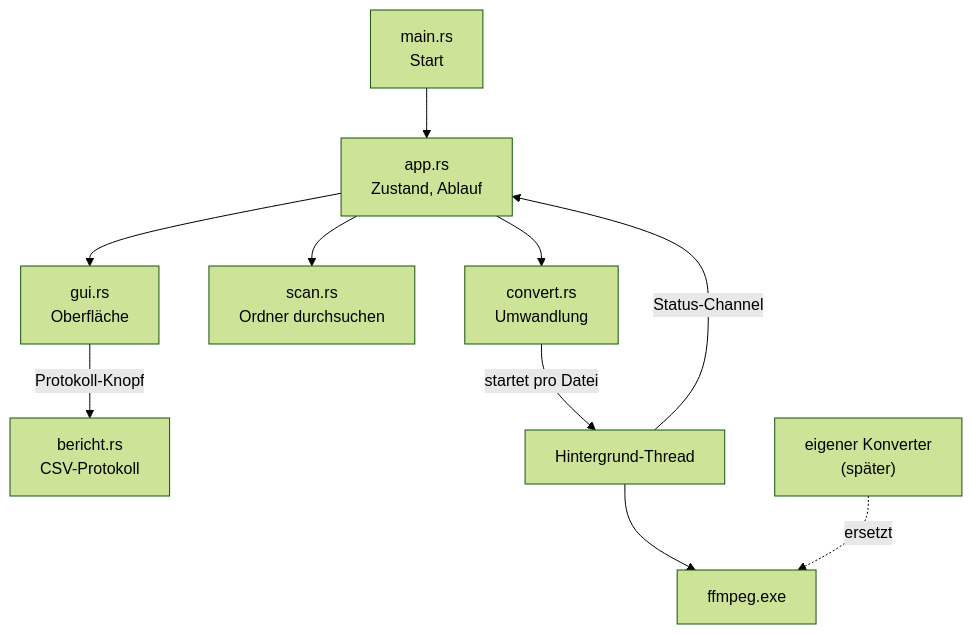
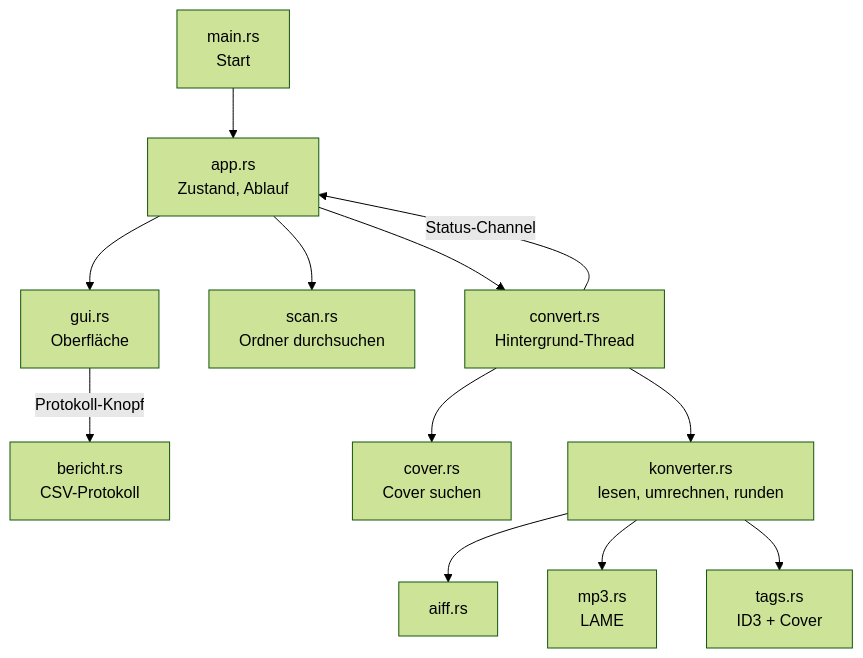
Before and after one commit to Senci/audio-konverter: the diagram in wiki/diagramme/architektur.md, drawn with Mermaid (forest theme). The commit also changed 7 other files, not shown here.

````diff
--- a/wiki/diagramme/architektur.md
+++ b/wiki/diagramme/architektur.md
@@ -3,12 +3,14 @@
 ```mermaid
 flowchart TD
     main["main.rs<br/>Start"] --> app["app.rs<br/>Zustand, Ablauf"]
     app --> gui["gui.rs<br/>Oberfläche"]
     app --> scan["scan.rs<br/>Ordner durchsuchen"]
-    app --> convert["convert.rs<br/>Umwandlung"]
+    app --> convert["convert.rs<br/>Hintergrund-Thread"]
     gui -->|Protokoll-Knopf| bericht["bericht.rs<br/>CSV-Protokoll"]
-    convert -->|startet pro Datei| thread["Hintergrund-Thread"]
-    thread -->|Status-Channel| app
-    thread --> ffmpeg["ffmpeg.exe"]
-    konverter["eigener Konverter<br/>(später)"] -.->|ersetzt| ffmpeg
+    convert --> cover["cover.rs<br/>Cover suchen"]
+    convert --> konverter["konverter.rs<br/>lesen, umrechnen, runden"]
+    konverter --> aiff["aiff.rs"]
+    konverter --> mp3["mp3.rs<br/>LAME"]
+    konverter --> tags["tags.rs<br/>ID3 + Cover"]
+    convert -->|Status-Channel| app
 ```
````
